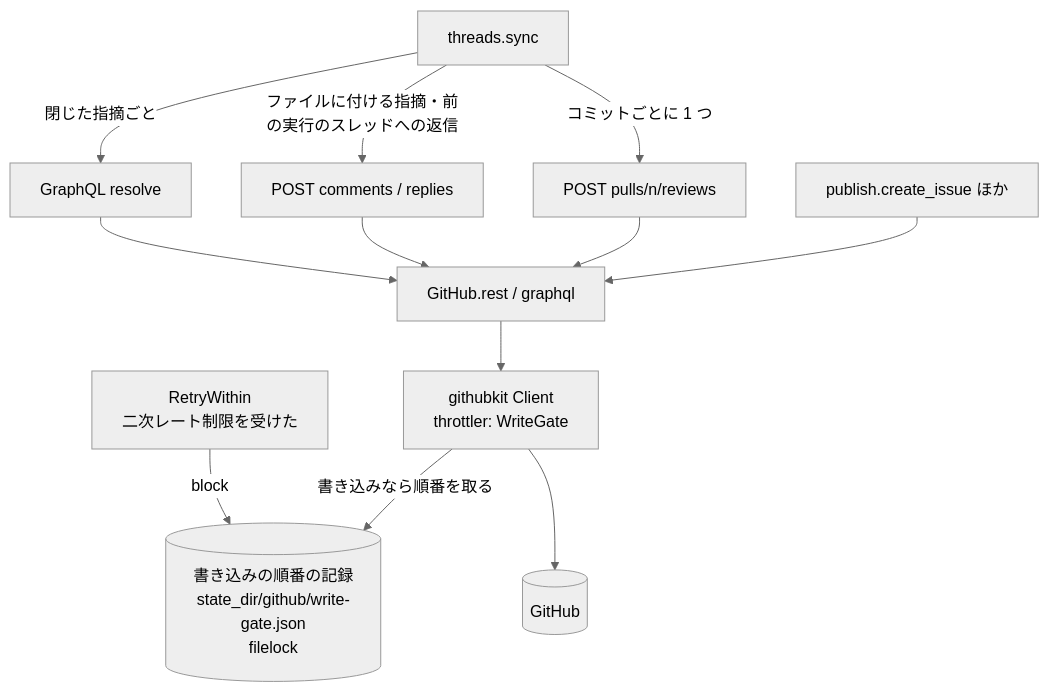
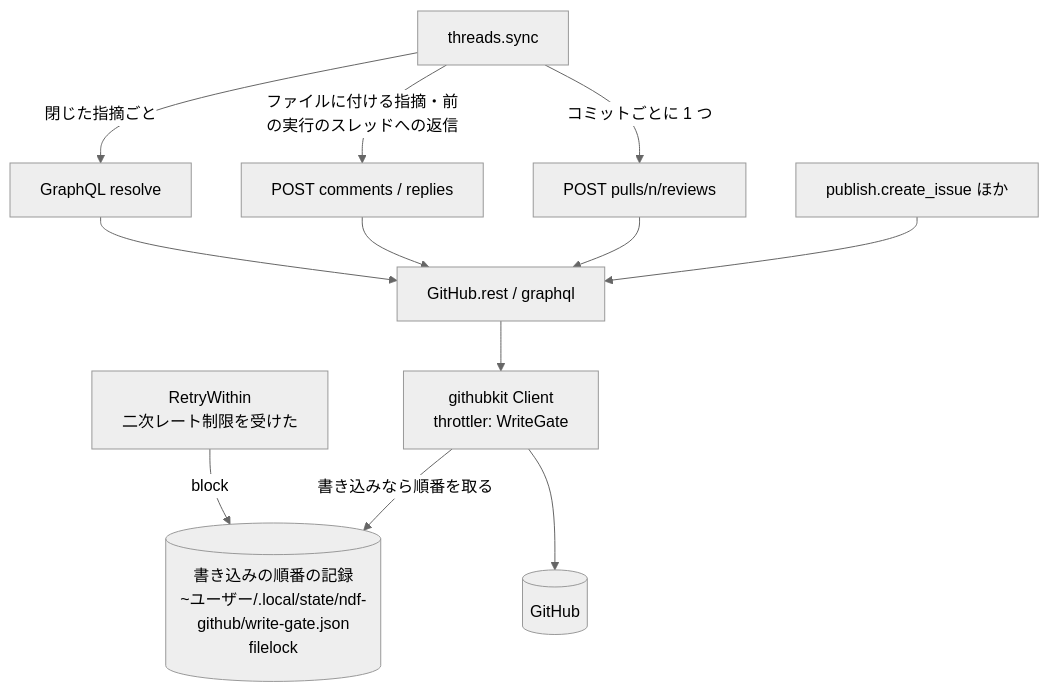
One commit to devbasex/ai-plugins changed the second of 3 diagrams in issues/issue-4016-design.md. Above: the diagram before and after it, drawn with Mermaid (neutral theme). The commit also changed other lines of this file and 1 other file, not shown here.

````diff
--- a/issues/issue-4016-design.md
+++ b/issues/issue-4016-design.md
@@ -44,12 +44,12 @@
 ```mermaid
 flowchart TD
   S1[threads.sync] -->|コミットごとに 1 つ| RV[POST pulls/n/reviews]
   S1 -->|ファイルに付ける指摘・前の実行のスレッドへの返信| P1[POST comments / replies]
   S1 -->|閉じた指摘ごと| Q1[GraphQL resolve]
   I2[publish.create_issue ほか] --> GH
   RV & P1 & Q1 --> GH[GitHub.rest / graphql]
   GH --> K[githubkit Client<br/>throttler: WriteGate]
-  K -->|書き込みなら順番を取る| G[(書き込みの順番の記録<br/>state_dir/github/write-gate.json<br/>filelock)]
+  K -->|書き込みなら順番を取る| G[(書き込みの順番の記録<br/>~ユーザー/.local/state/ndf-github/write-gate.json<br/>filelock)]
   K --> API[(GitHub)]
   RT[RetryWithin<br/>二次レート制限を受けた] -->|block| G
 ```
````
